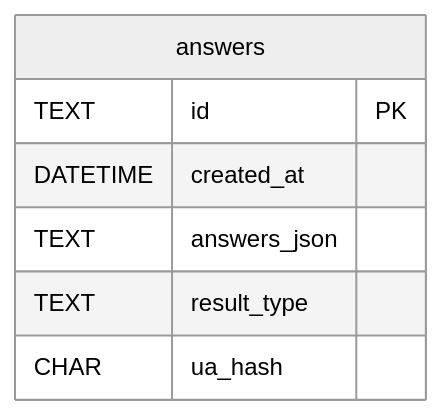
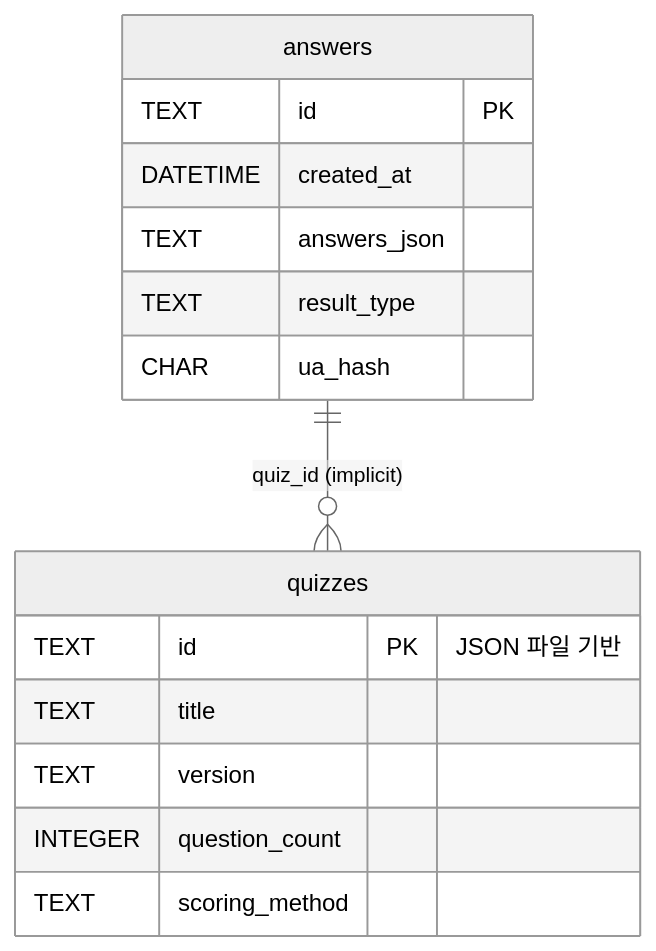
One commit to Normalist-K/nojam changed the diagram in docs/active/db_schema.md. Above: the diagram before and after it, drawn with Mermaid (neutral theme). The commit also changed other lines of this file and 21 other files, not shown here.

````diff
--- a/docs/active/db_schema.md
+++ b/docs/active/db_schema.md
@@ -40,10 +126,20 @@
 ```mermaid
 erDiagram
   answers {
     TEXT id PK
     DATETIME created_at
     TEXT answers_json
     TEXT result_type
     CHAR ua_hash
   }
+  
+  quizzes {
+    TEXT id PK "JSON 파일 기반"
+    TEXT title
+    TEXT version
+    INTEGER question_count
+    TEXT scoring_method
+  }
+  
+  answers ||--o{ quizzes : "quiz_id (implicit)"
 ```
````
